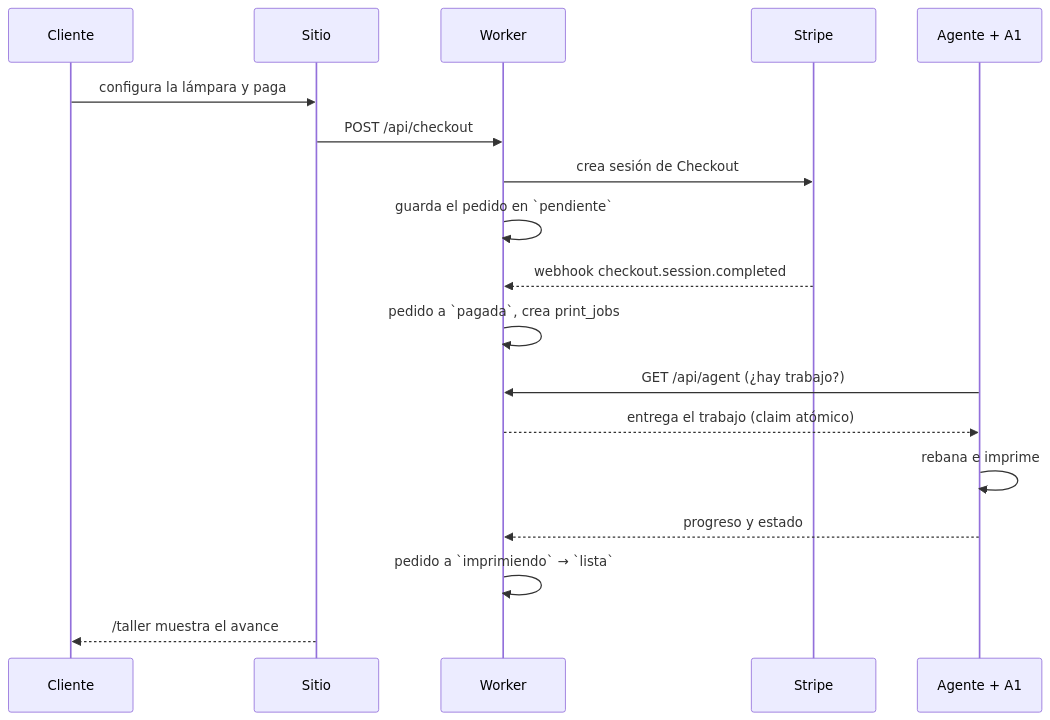
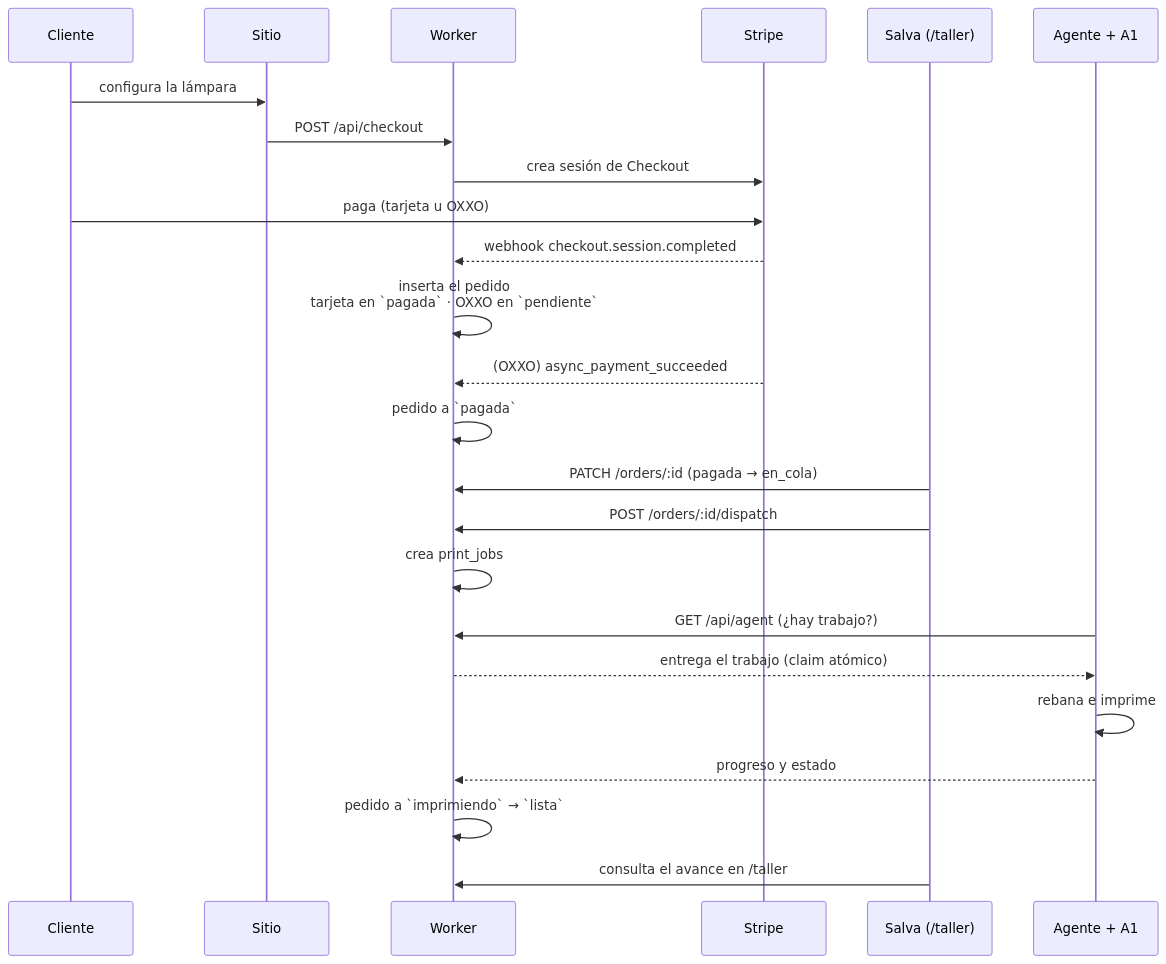
Before and after one commit to salvamalfa/formamx: the second of 3 diagrams in docs/ARQUITECTURA.md, drawn with Mermaid. The commit also changed other lines of this file and 4 other files, not shown here.

````diff
--- a/docs/ARQUITECTURA.md
+++ b/docs/ARQUITECTURA.md
@@ -76,21 +76,27 @@
 ```mermaid
 sequenceDiagram
     participant C as Cliente
     participant S as Sitio
     participant W as Worker
     participant St as Stripe
+    participant Sa as Salva (/taller)
     participant A as Agente + A1
 
-    C->>S: configura la lámpara y paga
+    C->>S: configura la lámpara
     S->>W: POST /api/checkout
     W->>St: crea sesión de Checkout
-    W->>W: guarda el pedido en `pendiente`
+    C->>St: paga (tarjeta u OXXO)
     St-->>W: webhook checkout.session.completed
-    W->>W: pedido a `pagada`, crea print_jobs
+    W->>W: inserta el pedido<br/>tarjeta en `pagada` · OXXO en `pendiente`
+    St-->>W: (OXXO) async_payment_succeeded
+    W->>W: pedido a `pagada`
+    Sa->>W: PATCH /orders/:id (pagada → en_cola)
+    Sa->>W: POST /orders/:id/dispatch
+    W->>W: crea print_jobs
     A->>W: GET /api/agent (¿hay trabajo?)
     W-->>A: entrega el trabajo (claim atómico)
     A->>A: rebana e imprime
     A-->>W: progreso y estado
     W->>W: pedido a `imprimiendo` → `lista`
-    S-->>C: /taller muestra el avance
+    Sa->>W: consulta el avance en /taller
 ```
````
